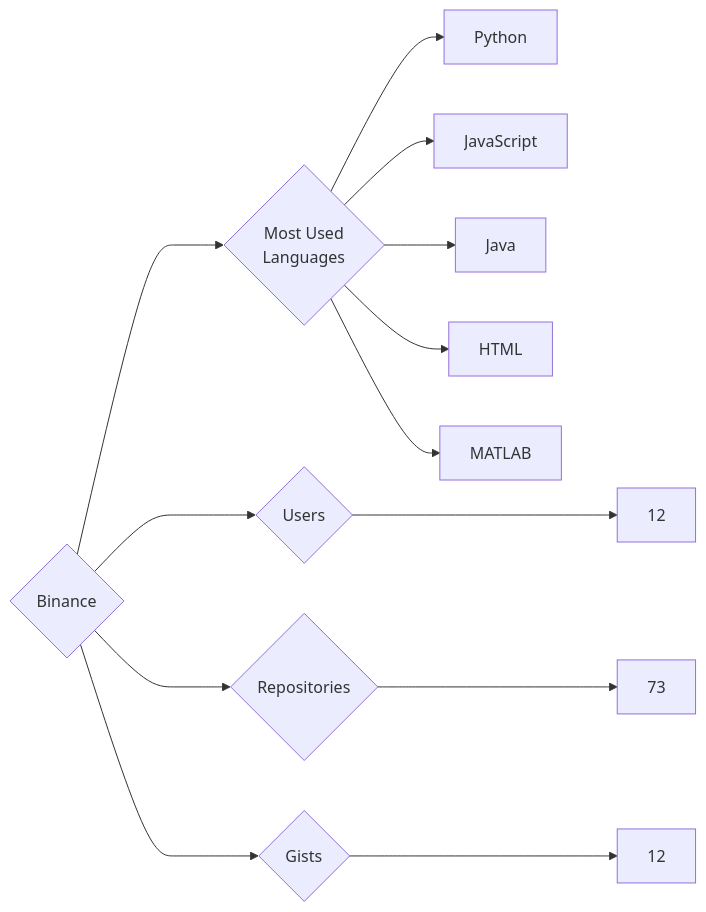
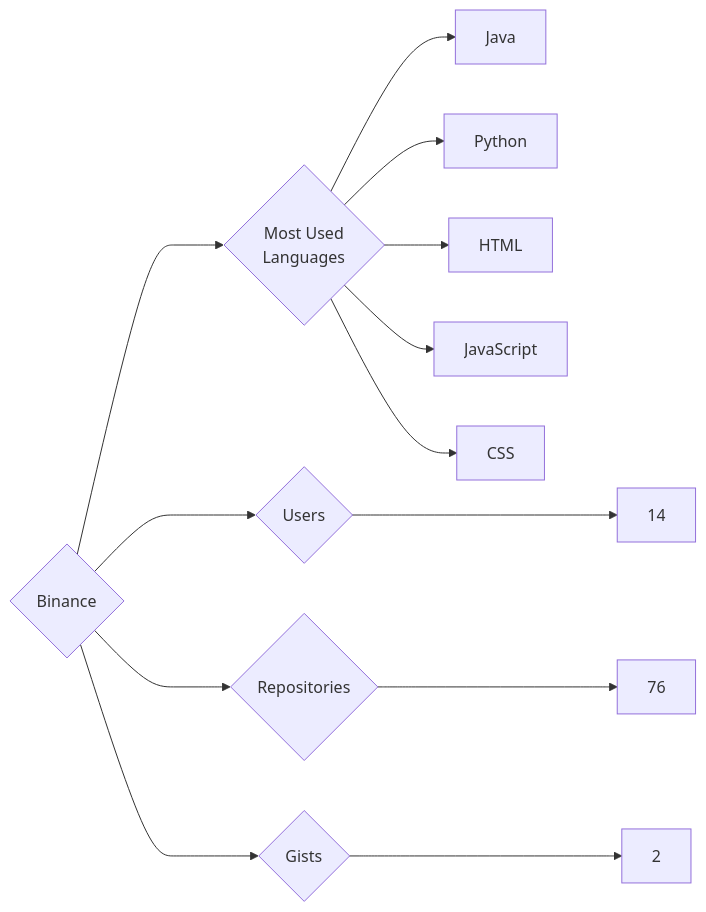
The diagram in targets/Binance/README.md (trickest/insiders), drawn with Mermaid before and after one commit. The commit also changed 757 other files, not shown here.

````diff
--- a/targets/Binance/README.md
+++ b/targets/Binance/README.md
@@ -3,13 +3,13 @@
 ```mermaid
 graph LR
 COMPANY_NAME{Binance}
-COMPANY_NAME ---> U{Users} ---> UN[12]
-COMPANY_NAME ---> R{Repositories} ---> RN[73]
-COMPANY_NAME ---> G{Gists} ---> GN[12]
+COMPANY_NAME ---> U{Users} ---> UN[14]
+COMPANY_NAME ---> R{Repositories} ---> RN[76]
+COMPANY_NAME ---> G{Gists} ---> GN[2]
 COMPANY_NAME ---> ML{Most Used<br>Languages}
+ML --> Java[Java]
 ML --> Python[Python]
+ML --> HTML[HTML]
 ML --> JavaScript[JavaScript]
-ML --> Java[Java]
-ML --> HTML[HTML]
-ML --> MATLAB[MATLAB]
+ML --> CSS[CSS]
 ```
````
